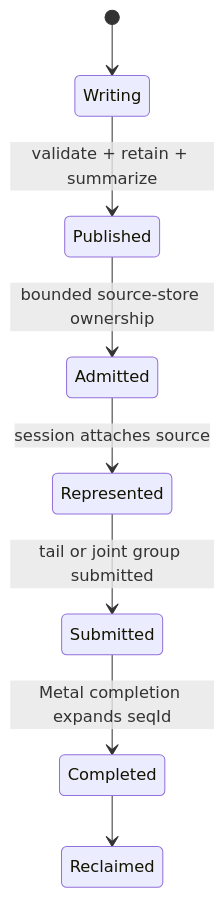
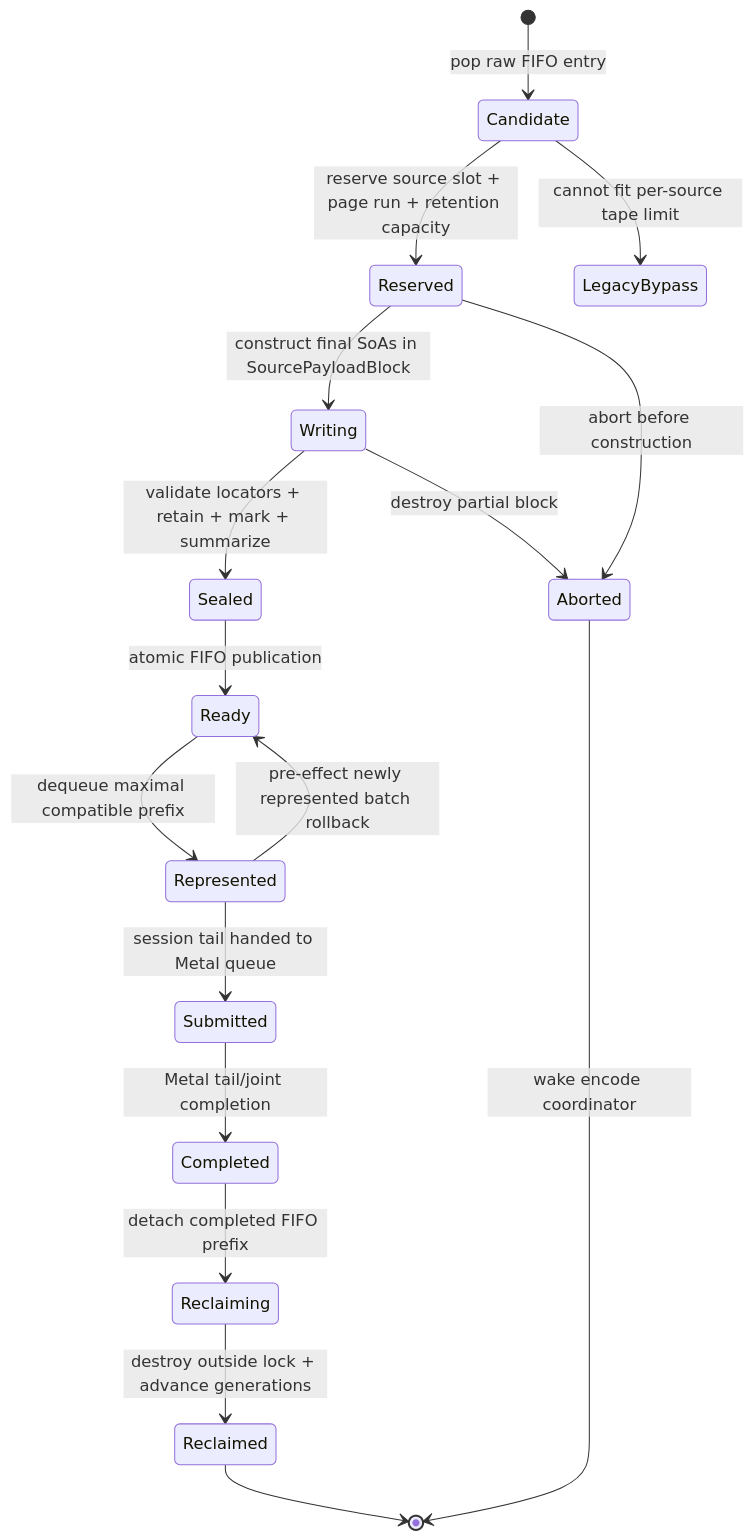
Before and after one commit to dfdgsdfg/dxmt9: the second of 3 diagrams in specs/backend/encode-scheduling/spec.md, drawn with Mermaid. The commit also changed other lines of this file and 3 other files, not shown here.

Commit message:
docs(spec): define CPU-ready tape scheduling

````diff
--- a/specs/backend/encode-scheduling/spec.md
+++ b/specs/backend/encode-scheduling/spec.md
@@ -72,10 +174,20 @@
 ```mermaid
 stateDiagram-v2
-  [*] --> Writing
-  Writing --> Published: validate + retain + summarize
-  Published --> Admitted: bounded source-store ownership
-  Admitted --> Represented: session attaches source
-  Represented --> Submitted: tail or joint group submitted
-  Submitted --> Completed: Metal completion expands seqId
-  Completed --> Reclaimed
+  [*] --> Candidate: pop raw FIFO entry
+  Candidate --> Reserved: reserve source slot + page run + retention capacity
+  Reserved --> Writing: construct final SoAs in SourcePayloadBlock
+  Writing --> Sealed: validate locators + retain + mark + summarize
+  Sealed --> Ready: atomic FIFO publication
+  Ready --> Represented: dequeue maximal compatible prefix
+  Represented --> Ready: pre-effect newly represented batch rollback
+  Represented --> Submitted: session tail handed to Metal queue
+  Submitted --> Completed: Metal tail/joint completion
+  Completed --> Reclaiming: detach completed FIFO prefix
+  Reclaiming --> Reclaimed: destroy outside lock + advance generations
+  Reclaimed --> [*]
+
+  Candidate --> LegacyBypass: cannot fit per-source tape limit
+  Reserved --> Aborted: abort before construction
+  Writing --> Aborted: destroy partial block
+  Aborted --> [*]: wake encode coordinator
 ```
````
